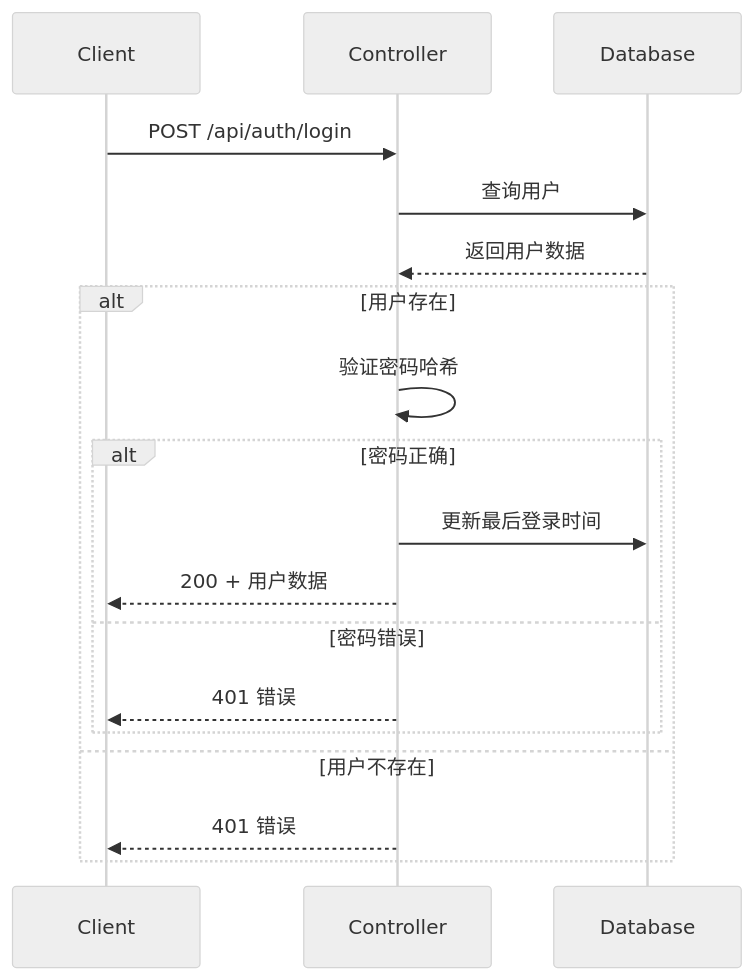
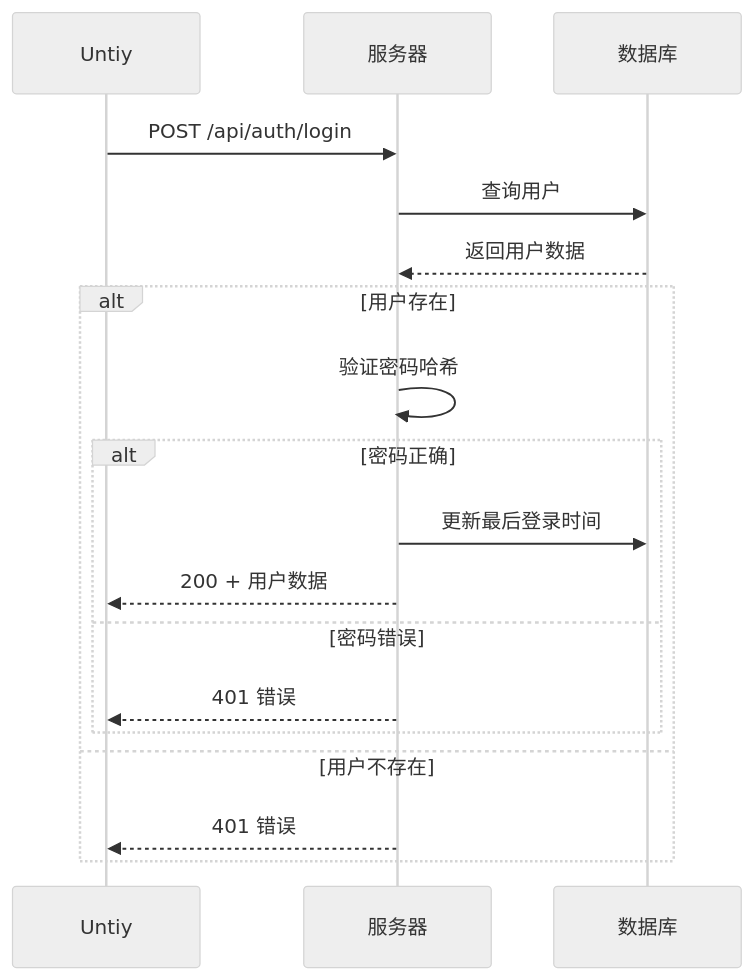
One commit to lsxk0830/NetworkGame changed the first of 3 diagrams in README.md. Above: the diagram before and after it, drawn with Mermaid (neutral theme). The commit also changed other lines of this file and 6 other files, not shown here.

````diff
--- a/README.md
+++ b/README.md
@@ -9,21 +9,21 @@
 ```mermaid
 sequenceDiagram
-    participant Client
-    participant Controller
-    participant Database
+    participant Untiy
+    participant 服务器
+    participant 数据库
     
-    Client->>Controller: POST /api/auth/login
-    Controller->>Database: 查询用户
-    Database-->>Controller: 返回用户数据
+    Untiy->>服务器: POST /api/auth/login
+    服务器->>数据库: 查询用户
+    数据库-->>服务器: 返回用户数据
     alt 用户存在
-        Controller->>Controller: 验证密码哈希
+        服务器->>服务器: 验证密码哈希
         alt 密码正确
-            Controller->>Database: 更新最后登录时间
-            Controller-->>Client: 200 + 用户数据
+            服务器->>数据库: 更新最后登录时间
+            服务器-->>Untiy: 200 + 用户数据
         else 密码错误
-            Controller-->>Client: 401 错误
+            服务器-->>Untiy: 401 错误
         end
     else 用户不存在
-        Controller-->>Client: 401 错误
+        服务器-->>Untiy: 401 错误
     end
 ```
````
